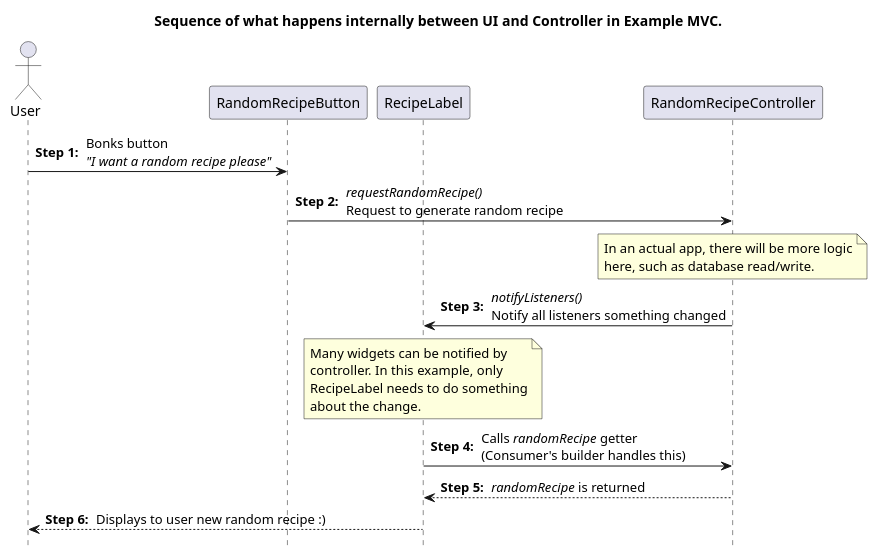
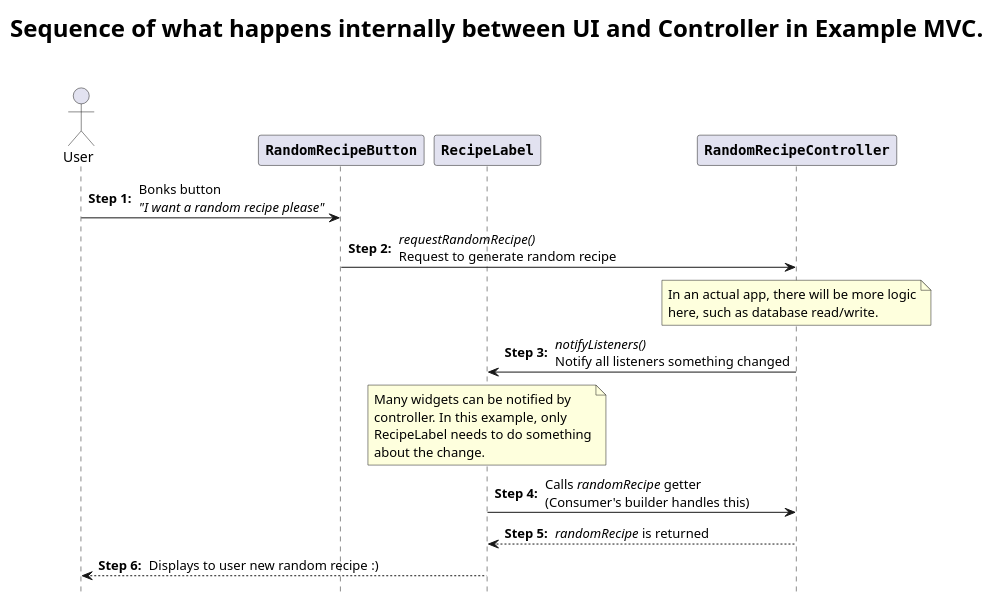
One commit to cervonwong/mint changed the diagram in lib/playground/example_mvc/sequence_diagram.puml. Above: the diagram before and after it, drawn with PlantUML. The commit also changed 1 other file, not shown here.

Commit message:
Adjust styling of diagrams for example MVC

```diff
--- a/lib/playground/example_mvc/sequence_diagram.puml
+++ b/lib/playground/example_mvc/sequence_diagram.puml
@@ -1,24 +1,27 @@
 @startuml
 autonumber "<b>Step 0: "
 hide footbox
+skinparam titleFontSize 24
+skinparam participantFontName Monospaced
+skinparam participantFontStyle bold
 
-title Sequence of what happens internally between UI and Controller in Example MVC.
+title Sequence of what happens internally between UI and Controller in Example MVC.\n
 
 actor User
 participant "RandomRecipeButton" as button
 participant "RecipeLabel" as label
 participant "RandomRecipeController" as controller
 
 User -> button: Bonks button\n<i>"I want a random recipe please"
 button -> controller : <i>requestRandomRecipe()</i>\nRequest to generate random recipe
 
 note over controller: In an actual app, there will be more logic\nhere, such as database read/write.
 
 controller -> label  : <i>notifyListeners()</i>\nNotify all listeners something changed
 
 note over label: Many widgets can be notified by\ncontroller. In this example, only\nRecipeLabel needs to do something\nabout the change.
 
 label -> controller  : Calls <i>randomRecipe</i> getter\n(Consumer's builder handles this)
 controller --> label : <i>randomRecipe</i> is returned
 label --> User       : Displays to user new random recipe :)
 @enduml
```
